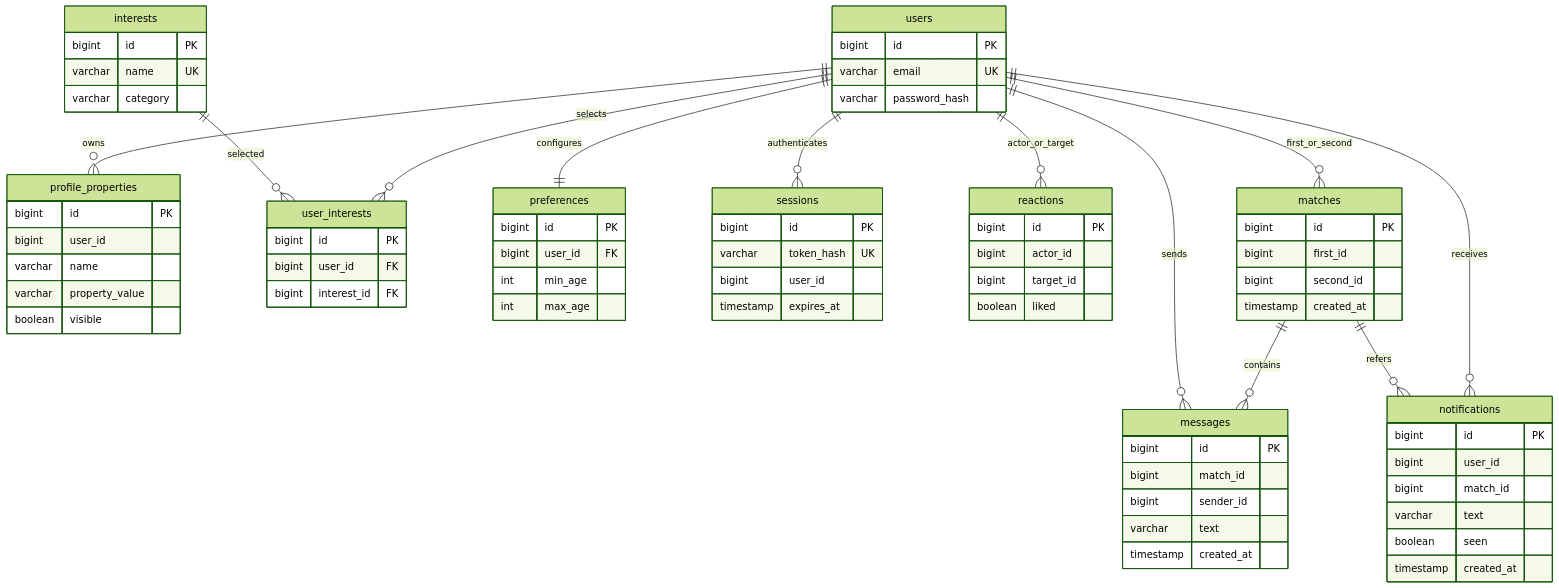
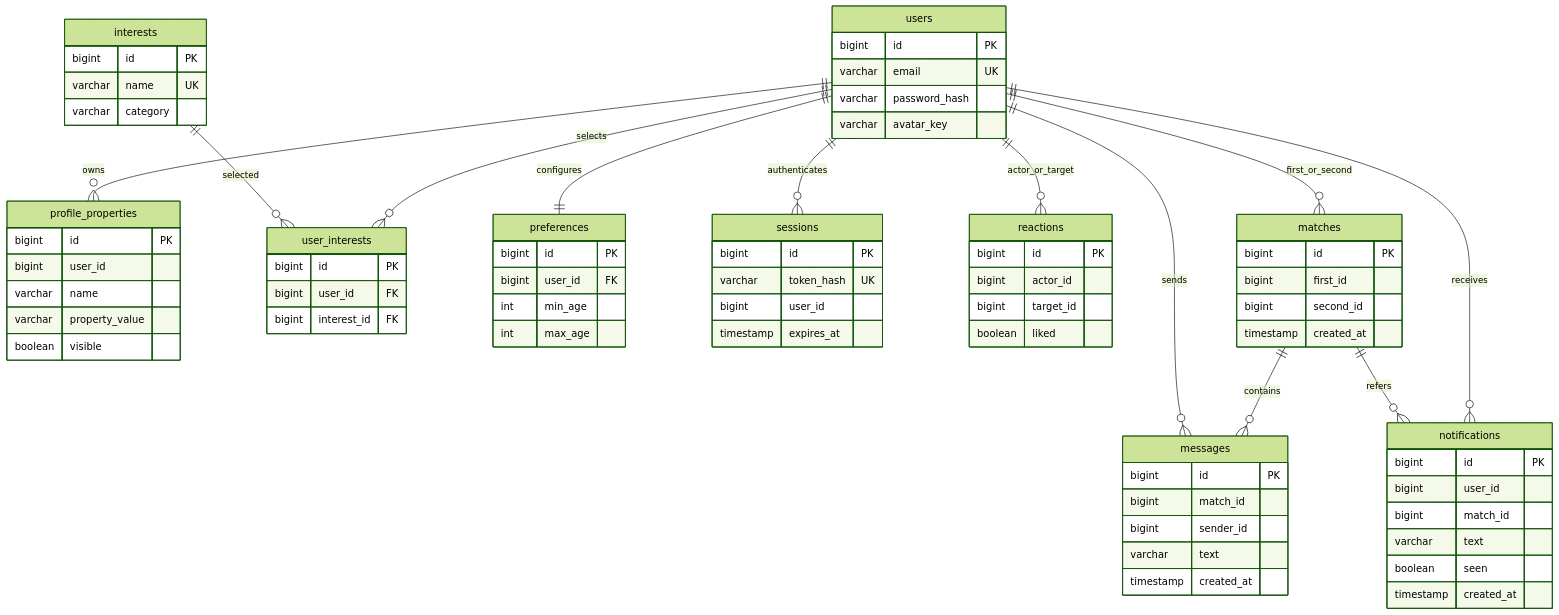
Before and after one commit to SMART-DATING/nexus-docs: the diagram in diagrams/ERD.md, drawn with Mermaid (forest theme). The commit also changed other lines of this file and 7 other files, not shown here.

````diff
--- a/diagrams/ERD.md
+++ b/diagrams/ERD.md
@@ -3,75 +3,76 @@
 ```mermaid
 erDiagram
   users ||--o{ profile_properties : owns
   users ||--o{ user_interests : selects
   interests ||--o{ user_interests : selected
   users ||--|| preferences : configures
   users ||--o{ sessions : authenticates
   users ||--o{ reactions : actor_or_target
   users ||--o{ matches : first_or_second
   matches ||--o{ messages : contains
   users ||--o{ messages : sends
   users ||--o{ notifications : receives
   matches ||--o{ notifications : refers
   users {
     bigint id PK
     varchar email UK
     varchar password_hash
+    varchar avatar_key
   }
   profile_properties {
     bigint id PK
     bigint user_id
     varchar name
     varchar property_value
     boolean visible
   }
   interests {
     bigint id PK
     varchar name UK
     varchar category
   }
   user_interests {
     bigint id PK
     bigint user_id FK
     bigint interest_id FK
   }
   preferences {
     bigint id PK
     bigint user_id FK
     int min_age
     int max_age
   }
   reactions {
     bigint id PK
     bigint actor_id
     bigint target_id
     boolean liked
   }
   matches {
     bigint id PK
     bigint first_id
     bigint second_id
     timestamp created_at
   }
   messages {
     bigint id PK
     bigint match_id
     bigint sender_id
     varchar text
     timestamp created_at
   }
   notifications {
     bigint id PK
     bigint user_id
     bigint match_id
     varchar text
     boolean seen
     timestamp created_at
   }
   sessions {
     bigint id PK
     varchar token_hash UK
     bigint user_id
     timestamp expires_at
   }
 ```
````
